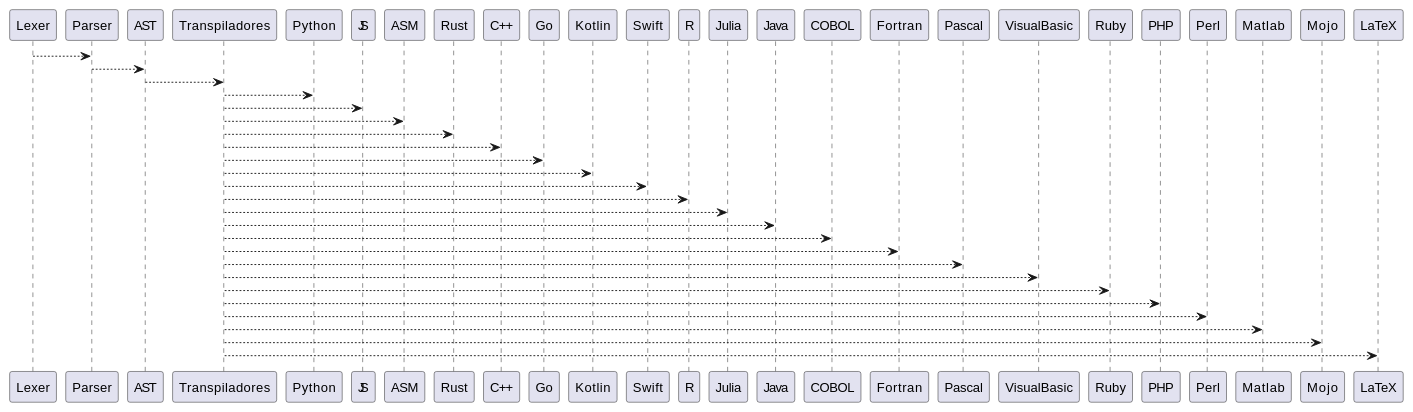
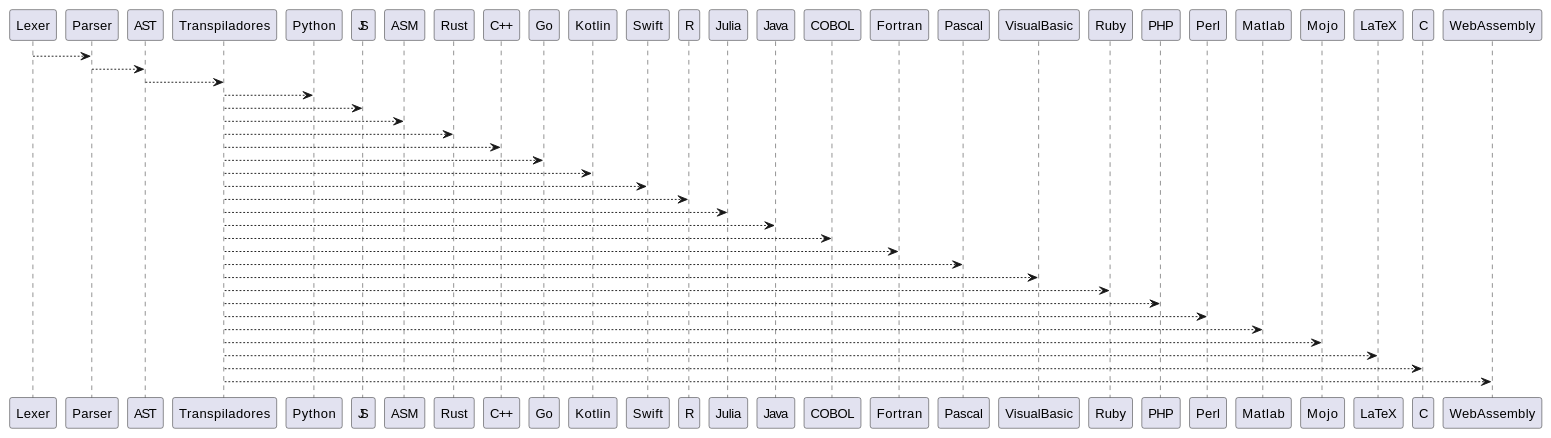
Before and after one commit to Alphonsus411/pCobra: the second of 2 diagrams in docs/estructura_ast.md, drawn with PlantUML. The commit also changed 9 other files, not shown here.

Commit message:
docs: include C and WebAssembly in language lists

````diff
--- a/docs/estructura_ast.md
+++ b/docs/estructura_ast.md
@@ -57,28 +57,30 @@
 ```{uml}
 @startuml
 Lexer --> Parser
 Parser --> AST
 AST --> Transpiladores
 Transpiladores --> Python
 Transpiladores --> JS
 Transpiladores --> ASM
 Transpiladores --> Rust
 Transpiladores --> "C++"
 Transpiladores --> Go
 Transpiladores --> Kotlin
 Transpiladores --> Swift
 Transpiladores --> R
 Transpiladores --> Julia
 Transpiladores --> Java
 Transpiladores --> COBOL
 Transpiladores --> Fortran
 Transpiladores --> Pascal
 Transpiladores --> VisualBasic
 Transpiladores --> Ruby
 Transpiladores --> PHP
 Transpiladores --> Perl
 Transpiladores --> Matlab
 Transpiladores --> Mojo
 Transpiladores --> LaTeX
+Transpiladores --> C
+Transpiladores --> WebAssembly
 @enduml
 ```
````
